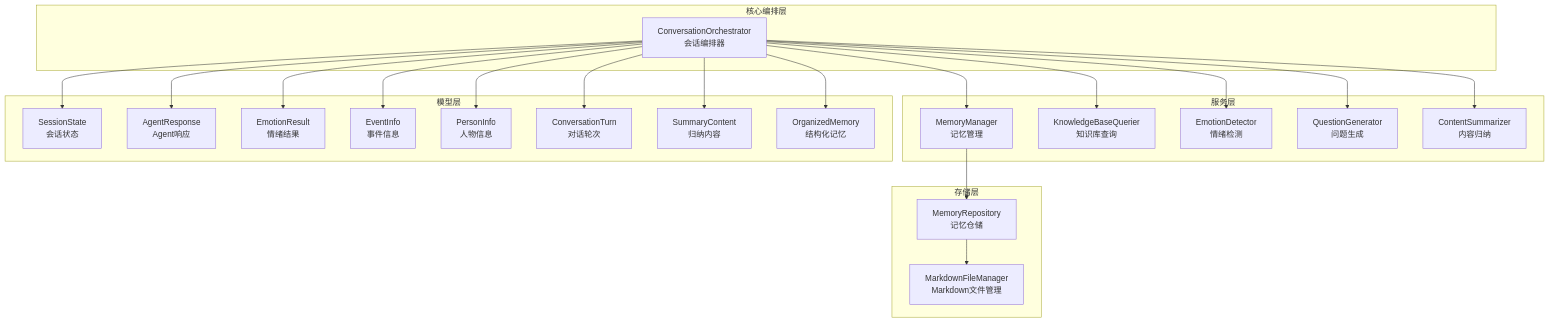
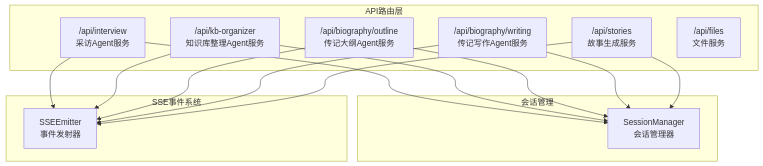
The first of 3 diagrams in .qoder/repowiki/zh/content/API参考文档/API参考文档.md (WangYiKai1017/zizuan), drawn with Mermaid before and after one commit. The commit also changed other lines of this file and 99 other files, not shown here.

````diff
--- a/.qoder/repowiki/zh/content/API参考文档/API参考文档.md
+++ b/.qoder/repowiki/zh/content/API参考文档/API参考文档.md
@@ -45,42 +57,27 @@
 ```mermaid
 graph TB
-subgraph "核心编排层"
-CO["ConversationOrchestrator<br/>会话编排器"]
+subgraph "API路由层"
+INT["/api/interview<br/>采访Agent服务"]
+KB["/api/kb-organizer<br/>知识库整理Agent服务"]
+BO["/api/biography/outline<br/>传记大纲Agent服务"]
+BW["/api/biography/writing<br/>传记写作Agent服务"]
+ST["/api/stories<br/>故事生成服务"]
+FI["/api/files<br/>文件服务"]
 end
-subgraph "服务层"
-MM["MemoryManager<br/>记忆管理"]
-KQ["KnowledgeBaseQuerier<br/>知识库查询"]
-ED["EmotionDetector<br/>情绪检测"]
-QG["QuestionGenerator<br/>问题生成"]
-CS["ContentSummarizer<br/>内容归纳"]
+subgraph "会话管理"
+SM["SessionManager<br/>会话管理器"]
 end
-subgraph "存储层"
-MR["MemoryRepository<br/>记忆仓储"]
-FM["MarkdownFileManager<br/>Markdown文件管理"]
+subgraph "SSE事件系统"
+SE["SSEEmitter<br/>事件发射器"]
 end
-subgraph "模型层"
-MS["SessionState<br/>会话状态"]
-AR["AgentResponse<br/>Agent响应"]
-ER["EmotionResult<br/>情绪结果"]
-EI["EventInfo<br/>事件信息"]
-PI["PersonInfo<br/>人物信息"]
-CT["ConversationTurn<br/>对话轮次"]
-SC["SummaryContent<br/>归纳内容"]
-OM["OrganizedMemory<br/>结构化记忆"]
-end
-CO --> MM
-CO --> KQ
-CO --> ED
-CO --> QG
-CO --> CS
-MM --> MR
-MR --> FM
-CO --> MS
-CO --> AR
-CO --> ER
-CO --> EI
-CO --> PI
-CO --> CT
-CO --> SC
-CO --> OM
+INT --> SM
+KB --> SM
+BO --> SM
+BW --> SM
+ST --> SM
+INT --> SE
+KB --> SE
+BO --> SE
+BW --> SE
+ST --> SE
 ```
````
